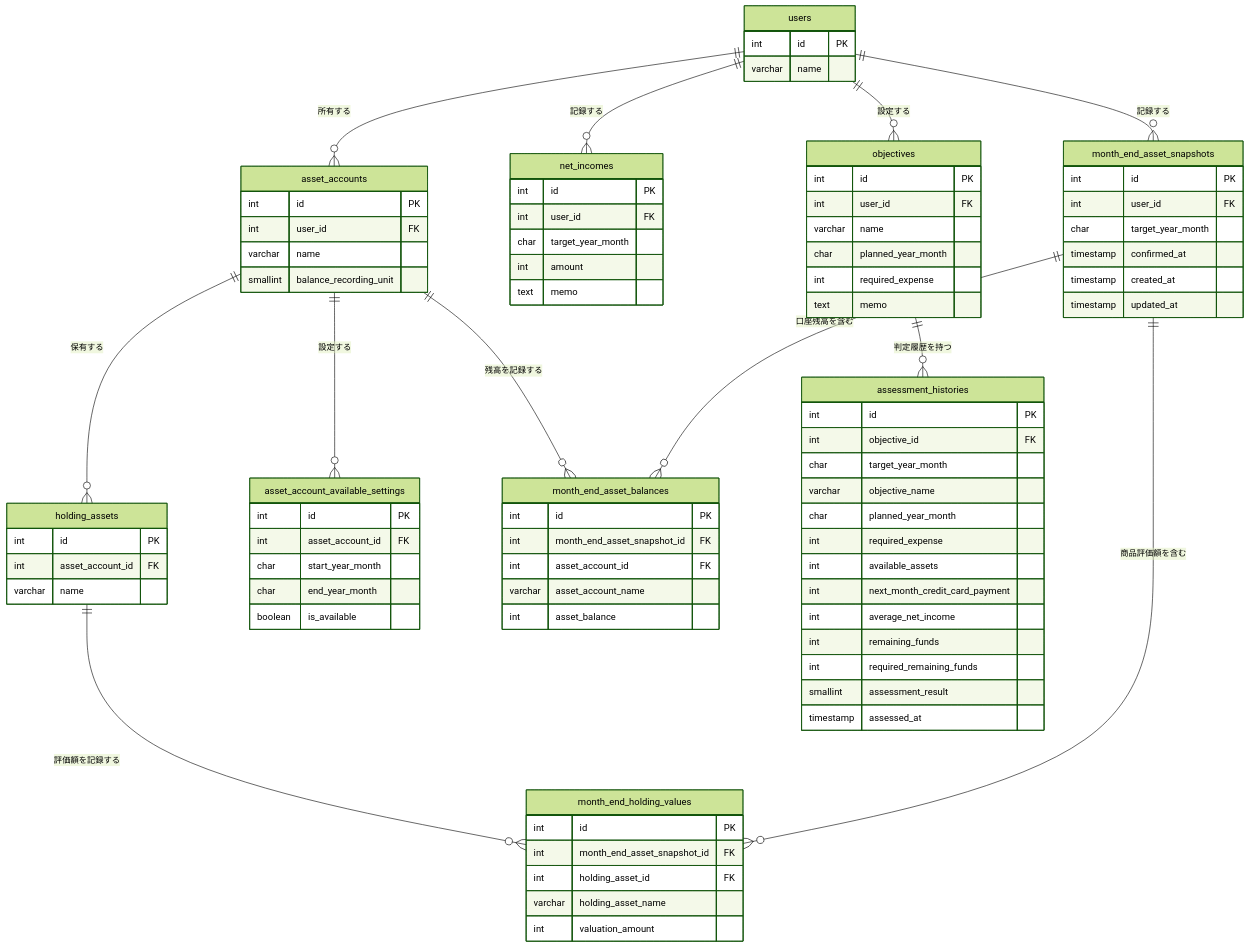
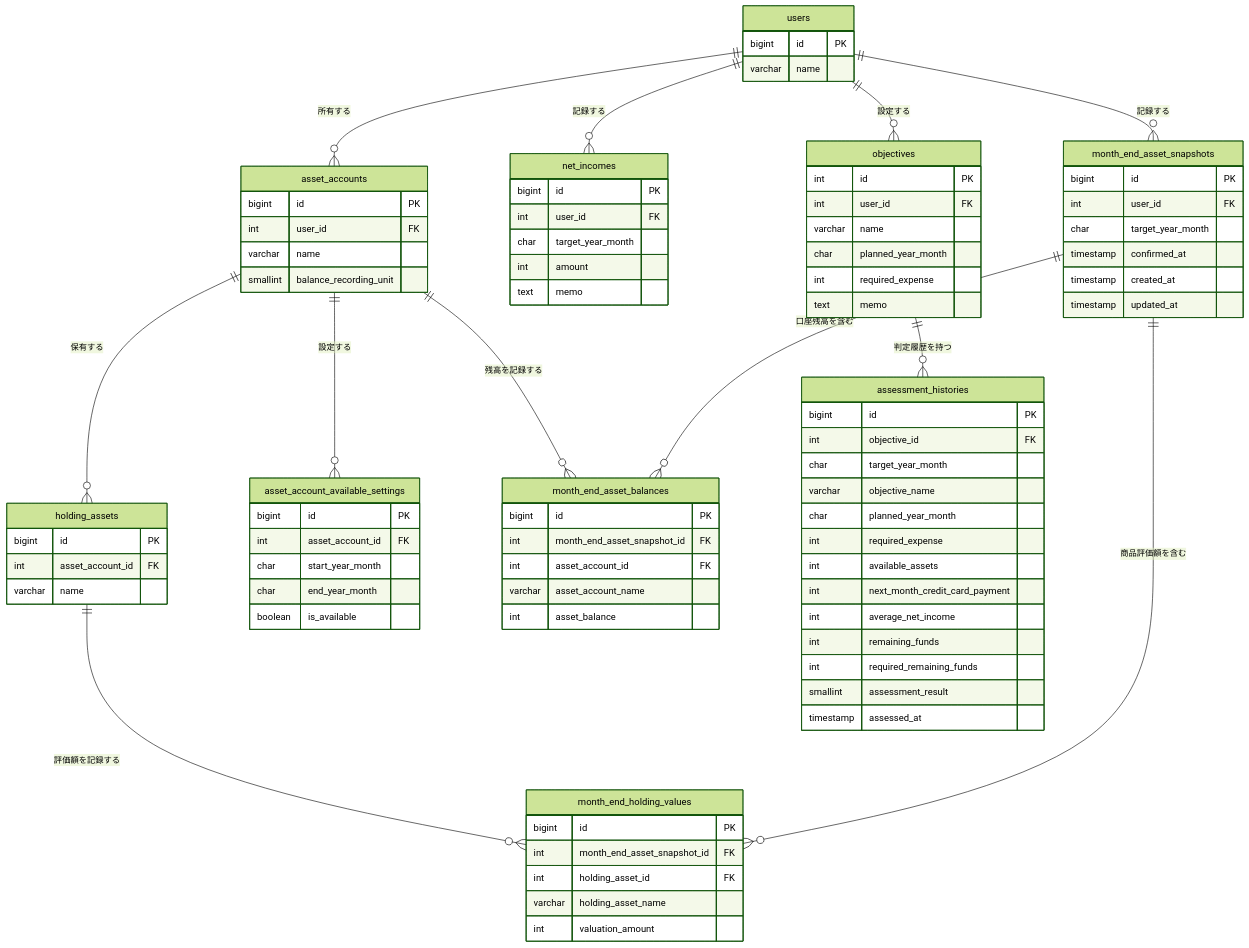
One commit to engineertoshio0612-create/life-planner changed the diagram in docs/database/er-diagram-phase1.md. Above: the diagram before and after it, drawn with Mermaid (forest theme). The commit also changed 1 other file, not shown here.

Commit message:
docs(db): テーブル定義書の命名規約とusersテーブルを追加

```diff
--- a/docs/database/er-diagram-phase1.md
+++ b/docs/database/er-diagram-phase1.md
@@ -17,19 +17,19 @@
     objectives ||--o{ assessment_histories : 判定履歴を持つ
 
     users {
-        int id PK
+        bigint id PK
         varchar name
     }
 
     asset_accounts {
-        int id PK
+        bigint id PK
         int user_id FK
         varchar name
         smallint balance_recording_unit
     }
 
     net_incomes {
-        int id PK
+        bigint id PK
         int user_id FK
         char target_year_month
         int amount
@@ -46,7 +46,7 @@
     }
 
     assessment_histories {
-        int id PK
+        bigint id PK
         int objective_id FK
         char target_year_month
         varchar objective_name
@@ -62,13 +62,13 @@
     }
 
     holding_assets {
-        int id PK
+        bigint id PK
         int asset_account_id FK
         varchar name
     }
 
     asset_account_available_settings {
-        int id PK
+        bigint id PK
         int asset_account_id FK
         char start_year_month
         char end_year_month
@@ -76,7 +76,7 @@
     }
 
     month_end_asset_snapshots {
-        int id PK
+        bigint id PK
         int user_id FK
         char target_year_month
         timestamp confirmed_at
@@ -85,7 +85,7 @@
     }
 
     month_end_asset_balances {
-        int id PK
+        bigint id PK
         int month_end_asset_snapshot_id FK
         int asset_account_id FK
         varchar asset_account_name
@@ -93,7 +93,7 @@
     }
 
     month_end_holding_values {
-        int id PK
+        bigint id PK
         int month_end_asset_snapshot_id FK
         int holding_asset_id FK
         varchar holding_asset_name
```
